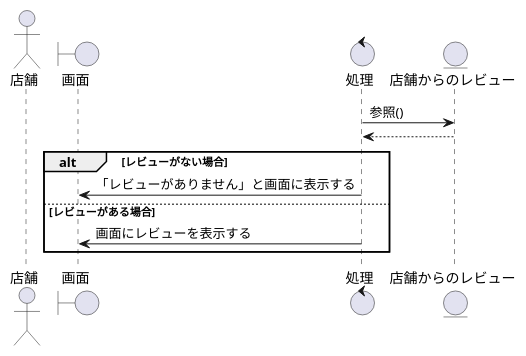
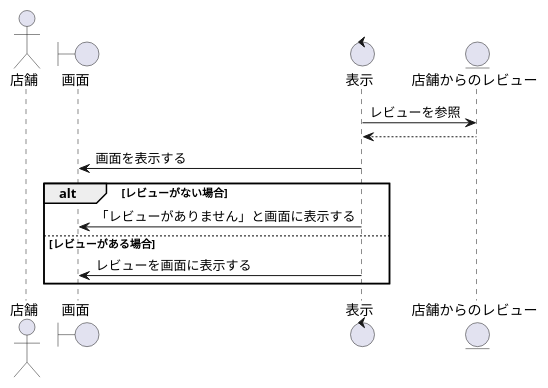
The diagram in sequence_fig/8_storeside_fn/05_ワーカーのレビューを閲覧する.pu (irukacb256/high_Me), drawn with PlantUML before and after one commit. The commit also changed 5 other files, not shown here.

```diff
--- a/sequence_fig/8_storeside_fn/05_ワーカーのレビューを閲覧する.pu
+++ b/sequence_fig/8_storeside_fn/05_ワーカーのレビューを閲覧する.pu
@@ -1,19 +1,20 @@
 @startuml ワーカーのレビューを閲覧する
 
 actor 店舗 as cp1
 boundary 画面 as b1
-control 処理 as co2
+control 表示 as co1
 entity 店舗からのレビュー as en1
 
-co2 -> en1 :参照()
-co2 <-- en1
+co1 -> en1 : レビューを参照
+co1 <-- en1
+co1 -> b1 : 画面を表示する 
 
 alt レビューがない場合
-b1 <- co2 : 「レビューがありません」と画面に表示する
+b1 <- co1 : 「レビューがありません」と画面に表示する
 
 else レビューがある場合
-b1 <- co2 :画面にレビューを表示する
+b1 <- co1 : レビューを画面に表示する
 
 end
 
 @enduml
```
